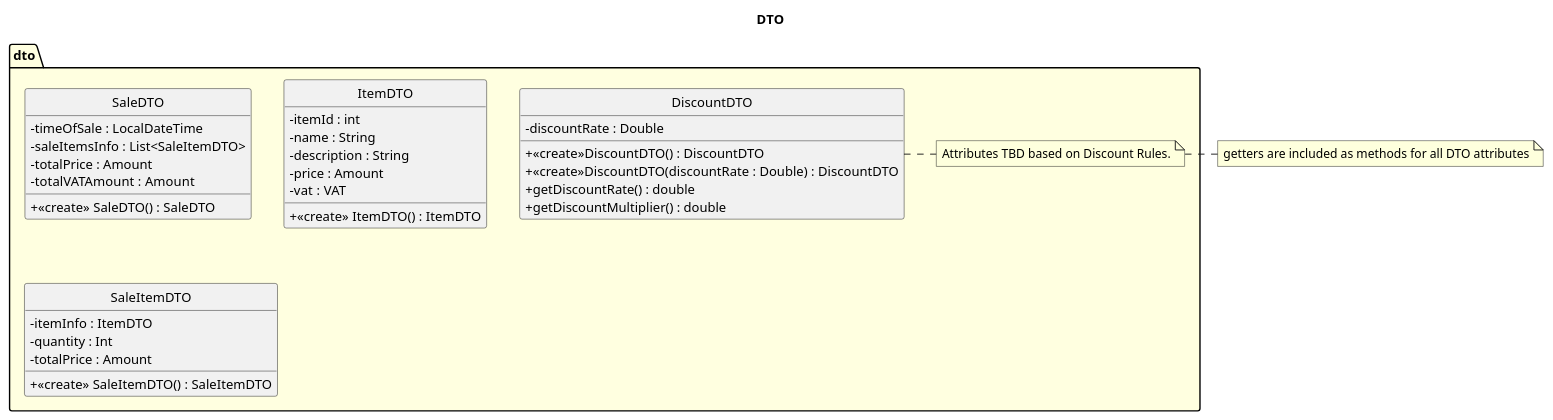
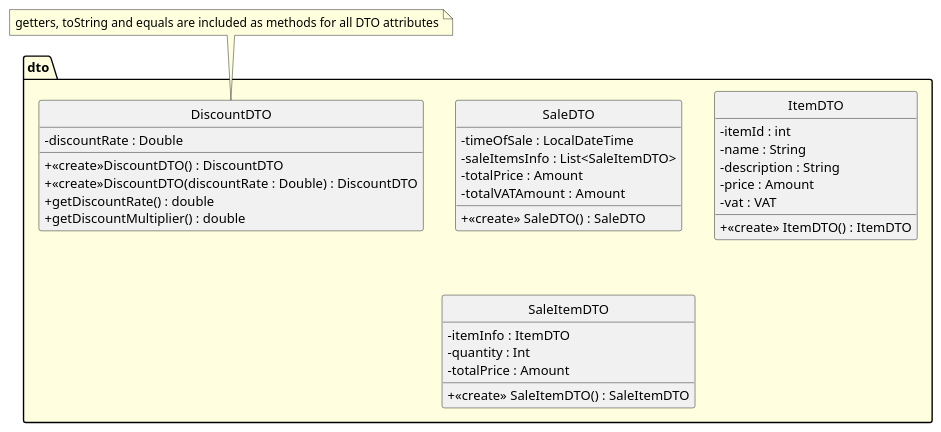
One commit to blomquiste/kth-iv1350-POS changed the second of 8 diagrams in uml/uml_v3.puml. Above: the diagram before and after it, drawn with PlantUML. The commit also changed other lines of this file and 7 other files, not shown here.

```diff
--- a/uml/uml_v3.puml
+++ b/uml/uml_v3.puml
@@ -209,45 +209,45 @@
 @startuml
-title DTO
+'title DTO
 ' //TODO Ska vi ha en customerDTO och customerDb?
 hide circle
 skinparam ClassAttributeIconSize 0
 skinparam linetype ortho
 skinparam package {
     BackgroundColor LightYellow
 }
     package dto {
         class SaleDTO{
             - timeOfSale : LocalDateTime
             - saleItemsInfo : List<SaleItemDTO>
             - totalPrice : Amount
             - totalVATAmount : Amount
             + <<create>> SaleDTO() : SaleDTO
         }
         class ItemDTO{
             - itemId : int
             - name : String
             - description : String
             - price : Amount
             - vat : VAT
             +<<create>> ItemDTO() : ItemDTO
         }
         class SaleItemDTO{
             - itemInfo : ItemDTO
             - quantity : Int
             - totalPrice : Amount
             + <<create>> SaleItemDTO() : SaleItemDTO
         }
         class DiscountDTO{
 '            // TODO ska discount finnas med i SaleDTO?
 '            -customerID : int
 '            -discountRules
             - discountRate : Double
             +<<create>>DiscountDTO() : DiscountDTO
             +<<create>>DiscountDTO(discountRate : Double) : DiscountDTO
             + getDiscountRate() : double
             + getDiscountMultiplier() : double
+'        note bottom : Attributes TBD based on Discount Rules.
         }
-        note right : Attributes TBD based on Discount Rules.
     }
-note left : getters are included as methods for all DTO attributes
+note top: getters, toString and equals are included as methods for all DTO attributes
 @enduml
```
